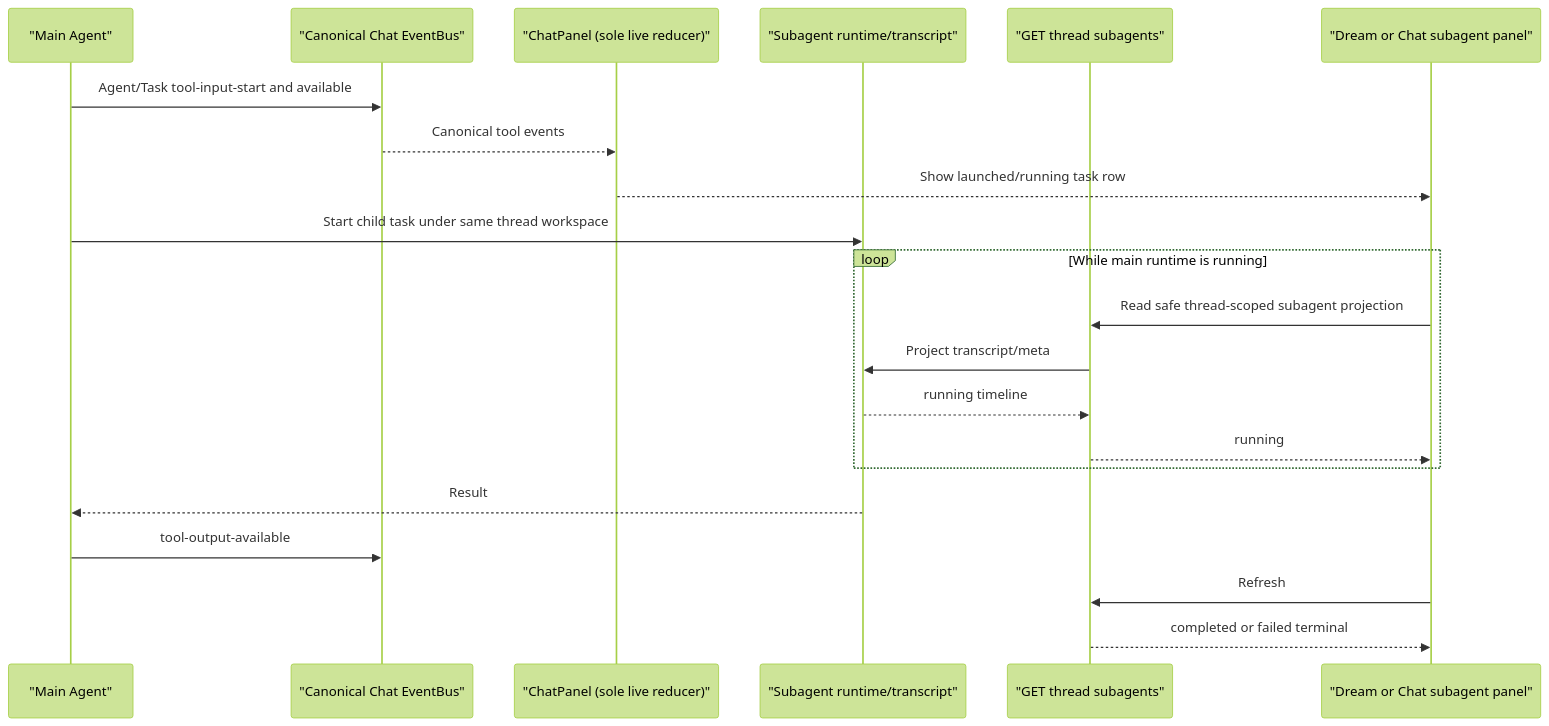
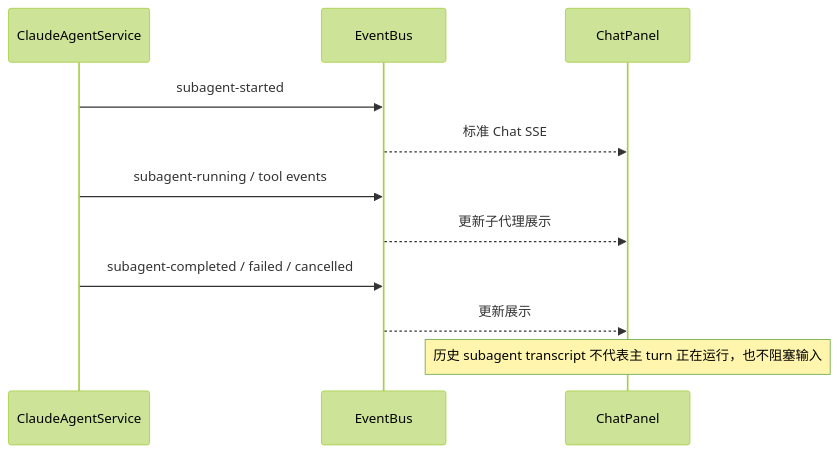
Before and after one commit to glide-the/im-dream: the fourth of 10 diagrams in docs/design/dream-agent/interaction-design.md, drawn with Mermaid (forest theme). The commit also changed other lines of this file and 99 other files, not shown here.

````diff
--- a/docs/design/dream-agent/interaction-design.md
+++ b/docs/design/dream-agent/interaction-design.md
@@ -219,24 +89,13 @@
 ```mermaid
 sequenceDiagram
-    participant Main as "Main Agent"
-    participant Bus as "Canonical Chat EventBus"
-    participant Ctrl as "ChatPanel (sole live reducer)"
-    participant Sub as "Subagent runtime/transcript"
-    participant SubAPI as "GET thread subagents"
-    participant UI as "Dream or Chat subagent panel"
-
-    Main->>Bus: Agent/Task tool-input-start and available
-    Bus-->>Ctrl: Canonical tool events
-    Ctrl-->>UI: Show launched/running task row
-    Main->>Sub: Start child task under same thread workspace
-    loop While main runtime is running
-        UI->>SubAPI: Read safe thread-scoped subagent projection
-        SubAPI->>Sub: Project transcript/meta
-        Sub-->>SubAPI: running timeline
-        SubAPI-->>UI: running
-    end
-    Sub-->>Main: Result
-    Main->>Bus: tool-output-available
-    UI->>SubAPI: Refresh
-    SubAPI-->>UI: completed or failed terminal
+    participant S as ClaudeAgentService
+    participant B as EventBus
+    participant P as ChatPanel
+    S->>B: subagent-started
+    B-->>P: 标准 Chat SSE
+    S->>B: subagent-running / tool events
+    B-->>P: 更新子代理展示
+    S->>B: subagent-completed / failed / cancelled
+    B-->>P: 更新展示
+    Note over P: 历史 subagent transcript 不代表主 turn 正在运行，也不阻塞输入
 ```
````
